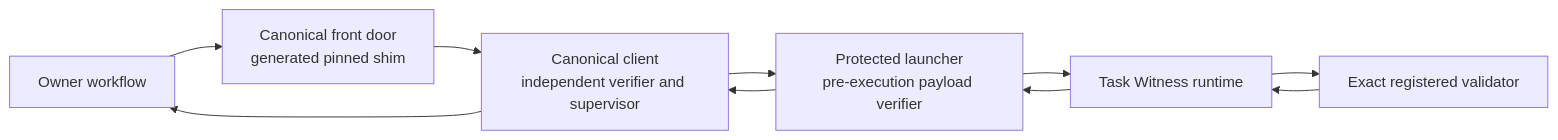
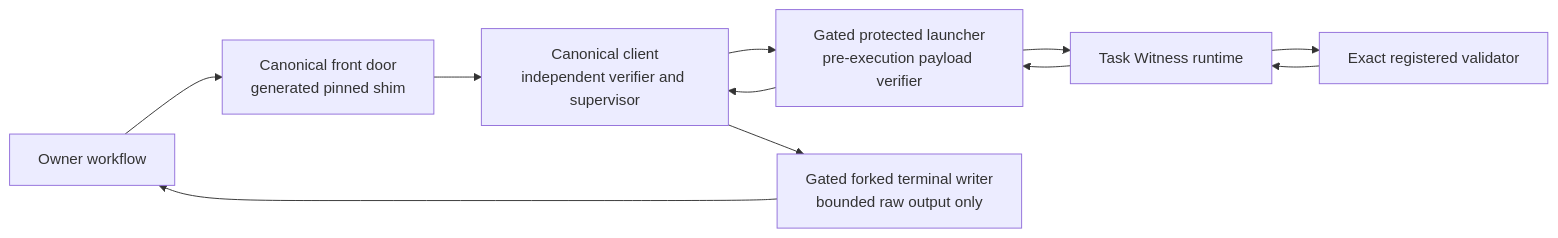
The first of 2 diagrams in docs/superpowers/specs/2026-07-27-task-witness-canonical-client-design.md (nisavid/agents), drawn with Mermaid before and after one commit. The commit also changed other lines of this file and 211 other files, not shown here.

````diff
--- a/docs/superpowers/specs/2026-07-27-task-witness-canonical-client-design.md
+++ b/docs/superpowers/specs/2026-07-27-task-witness-canonical-client-design.md
@@ -183,19 +187,21 @@
 ```mermaid
 flowchart LR
     Owner["Owner workflow"]
     Shim["Canonical front door<br/>generated pinned shim"]
     Client["Canonical client<br/>independent verifier and supervisor"]
-    Launcher["Protected launcher<br/>pre-execution payload verifier"]
+    Launcher["Gated protected launcher<br/>pre-execution payload verifier"]
     Runtime["Task Witness runtime"]
     Validator["Exact registered validator"]
+    Writer["Gated forked terminal writer<br/>bounded raw output only"]
 
     Owner --> Shim
     Shim --> Client
     Client --> Launcher
     Launcher --> Runtime
     Runtime --> Validator
     Validator --> Runtime
     Runtime --> Launcher
     Launcher --> Client
-    Client --> Owner
+    Client --> Writer
+    Writer --> Owner
 ```
````
